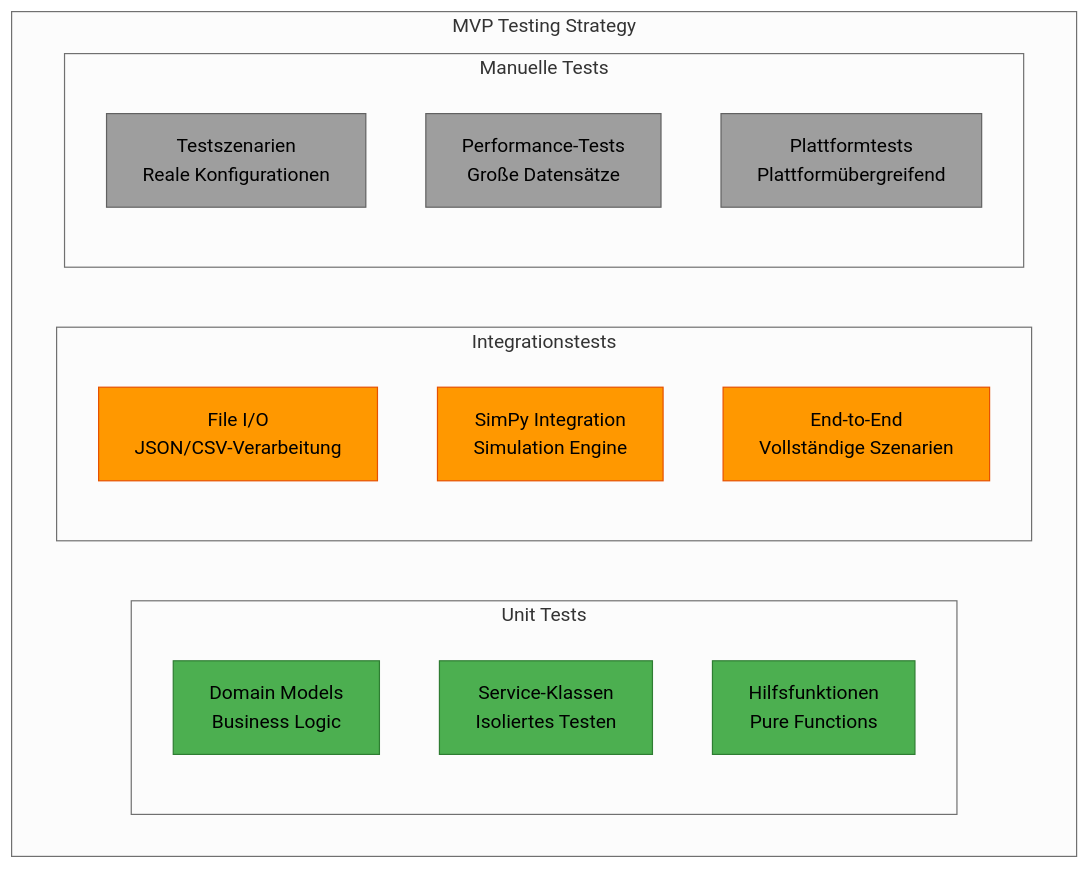
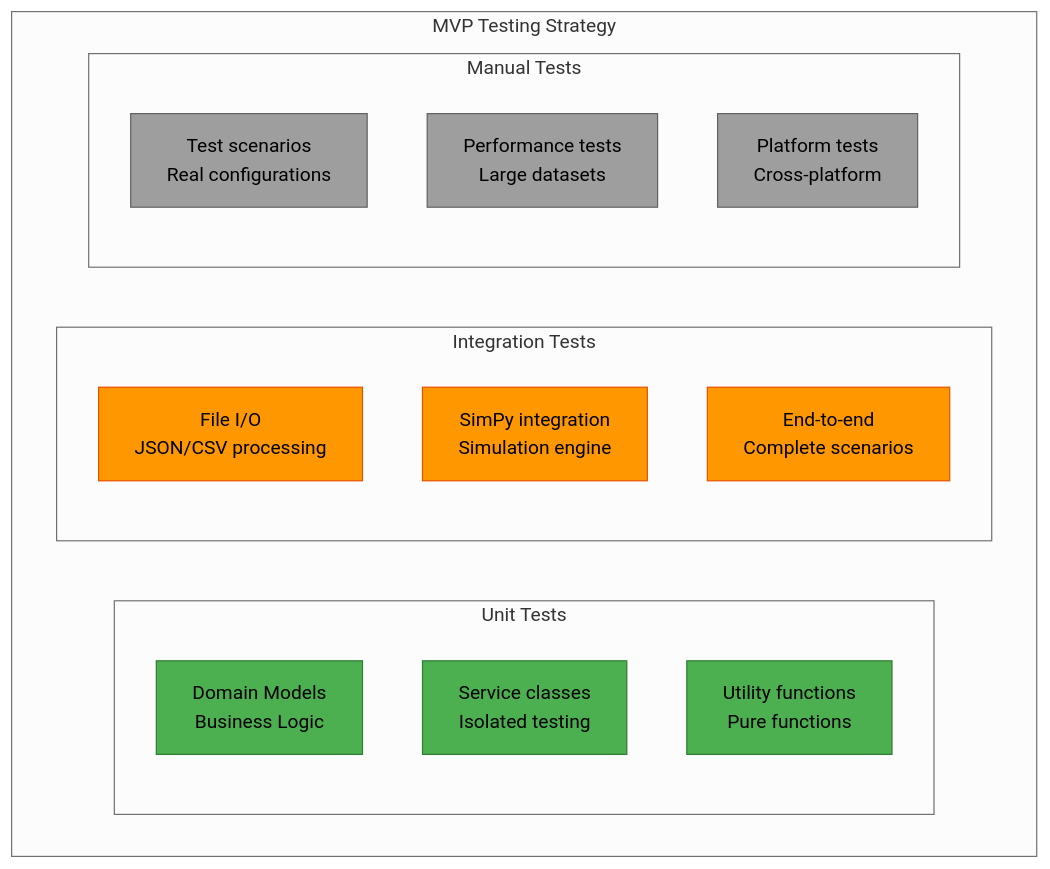
Before and after one commit to OpenRailAssociation/dac-migration-dss-popupsim: the sixth of 6 diagrams in docs/mvp/architecture/10-quality-requirements.md, drawn with Mermaid (neutral theme). The commit also changed other lines of this file and 19 other files, not shown here.

First line of the commit message:
docs(pages): 📝 update MVP architecture

````diff
--- a/docs/mvp/architecture/10-quality-requirements.md
+++ b/docs/mvp/architecture/10-quality-requirements.md
@@ -262,30 +265,30 @@
 ```mermaid
 graph TB
     subgraph "MVP Testing Strategy"
         subgraph "Unit Tests"
             Models[Domain Models<br/>Business Logic]
-            Services[Service-Klassen<br/>Isoliertes Testen]
-            Utils[Hilfsfunktionen<br/>Pure Functions]
+            Services[Service classes<br/>Isolated testing]
+            Utils[Utility functions<br/>Pure functions]
         end
 
-        subgraph "Integrationstests"
-            FileIO[File I/O<br/>JSON/CSV-Verarbeitung]
-            SimPy[SimPy Integration<br/>Simulation Engine]
-            EndToEnd[End-to-End<br/>Vollständige Szenarien]
+        subgraph "Integration Tests"
+            FileIO[File I/O<br/>JSON/CSV processing]
+            SimPy[SimPy integration<br/>Simulation engine]
+            EndToEnd[End-to-end<br/>Complete scenarios]
         end
 
-        subgraph "Manuelle Tests"
-            Scenarios[Testszenarien<br/>Reale Konfigurationen]
-            Performance[Performance-Tests<br/>Große Datensätze]
-            Platforms[Plattformtests<br/>Plattformübergreifend]
+        subgraph "Manual Tests"
+            Scenarios[Test scenarios<br/>Real configurations]
+            Performance[Performance tests<br/>Large datasets]
+            Platforms[Platform tests<br/>Cross-platform]
         end
     end
 
     classDef unit fill:#4caf50,stroke:#2e7d32
     classDef integration fill:#ff9800,stroke:#e65100
     classDef manual fill:#9e9e9e,stroke:#616161
 
     class Models,Services,Utils unit
     class FileIO,SimPy,EndToEnd integration
     class Scenarios,Performance,Platforms manual
 ```
````
